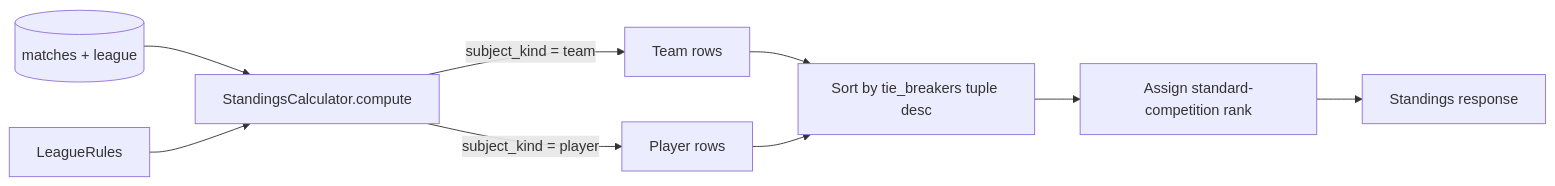
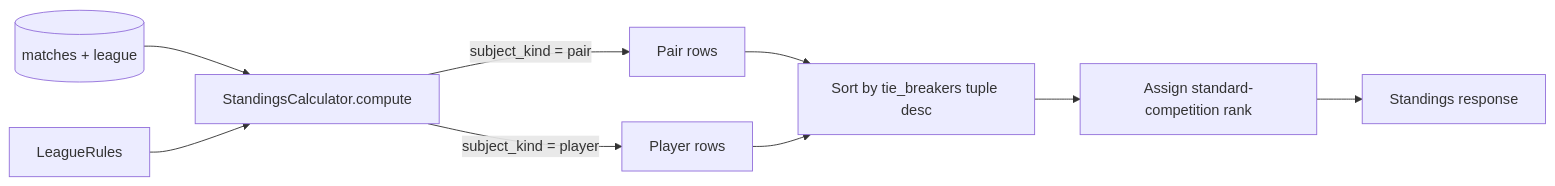
Before and after one commit to swjeong0825/TLMB_backend_main: the diagram in Design_Doc/TLMB_Design_doc/17_configurable_ranking.md, drawn with Mermaid. The commit also changed other lines of this file and 113 other files, not shown here.

Commit message:
team_to_pair_migration

````diff
--- a/Design_Doc/TLMB_Design_doc/17_configurable_ranking.md
+++ b/Design_Doc/TLMB_Design_doc/17_configurable_ranking.md
@@ -182,13 +182,13 @@
 ```mermaid
 flowchart LR
     repo[(matches + league)]
     rules[LeagueRules]
     repo --> calc[StandingsCalculator.compute]
     rules --> calc
-    calc -->|"subject_kind = team"| teamRows[Team rows]
+    calc -->|"subject_kind = pair"| pairRows[Pair rows]
     calc -->|"subject_kind = player"| playerRows[Player rows]
-    teamRows --> sort[Sort by tie_breakers tuple desc]
+    pairRows --> sort[Sort by tie_breakers tuple desc]
     playerRows --> sort
     sort --> rank[Assign standard-competition rank]
     rank --> resp[Standings response]
 ```
````
